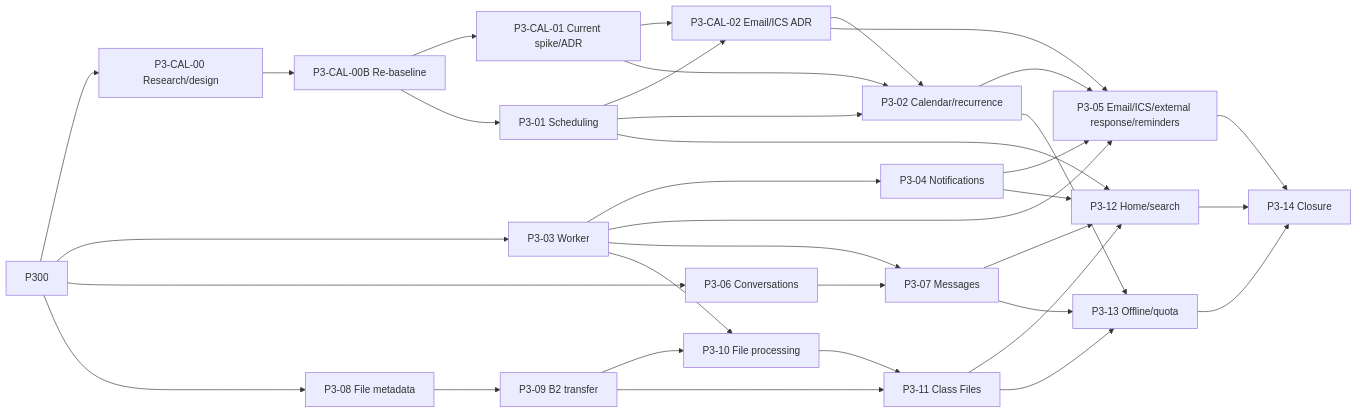
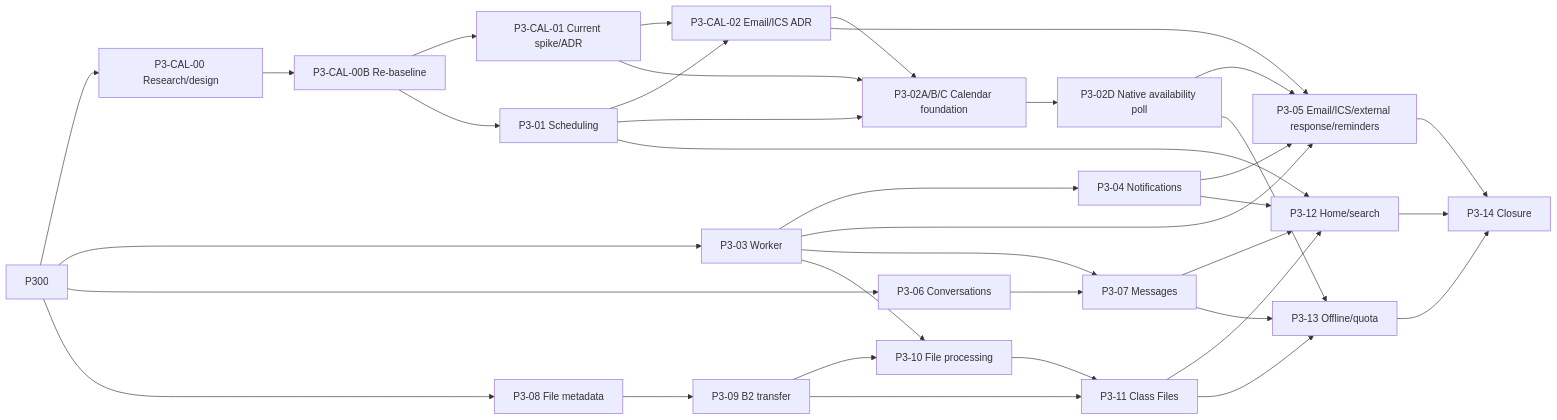
One commit to basangnguyen/TUTORHUB_WEB changed the diagram in docs/PHASE_3_BACKLOG.md. Above: the diagram before and after it, drawn with Mermaid. The commit also changed other lines of this file and 7 other files, not shown here.

````diff
--- a/docs/PHASE_3_BACKLOG.md
+++ b/docs/PHASE_3_BACKLOG.md
@@ -90,37 +100,38 @@
 ```mermaid
 flowchart LR
     P300 --> PC00["P3-CAL-00 Research/design"]
     PC00 --> PC00B["P3-CAL-00B Re-baseline"]
     PC00B --> PC01["P3-CAL-01 Current spike/ADR"]
     PC00B --> P301["P3-01 Scheduling"]
     PC01 --> PC02["P3-CAL-02 Email/ICS ADR"]
     P301 --> PC02
     PC01 --> P302
     PC02 --> P302
     P300 --> P303["P3-03 Worker"]
     P300 --> P306["P3-06 Conversations"]
     P300 --> P308["P3-08 File metadata"]
-    P301 --> P302["P3-02 Calendar/recurrence"]
+    P301 --> P302["P3-02A/B/C Calendar foundation"]
+    P302 --> P302D["P3-02D Native availability poll"]
     P303 --> P304["P3-04 Notifications"]
     PC02 --> P305["P3-05 Email/ICS/external response/reminders"]
-    P302 --> P305
+    P302D --> P305
     P303 --> P305
     P304 --> P305
     P306 --> P307["P3-07 Messages"]
     P303 --> P307
     P308 --> P309["P3-09 B2 transfer"]
     P309 --> P310["P3-10 File processing"]
     P303 --> P310
     P309 --> P311["P3-11 Class Files"]
     P310 --> P311
     P301 --> P312["P3-12 Home/search"]
     P304 --> P312
     P307 --> P312
     P311 --> P312
-    P302 --> P313["P3-13 Offline/quota"]
+    P302D --> P313["P3-13 Offline/quota"]
     P307 --> P313
     P311 --> P313
     P305 --> P314["P3-14 Closure"]
     P312 --> P314
     P313 --> P314
 ```
````
